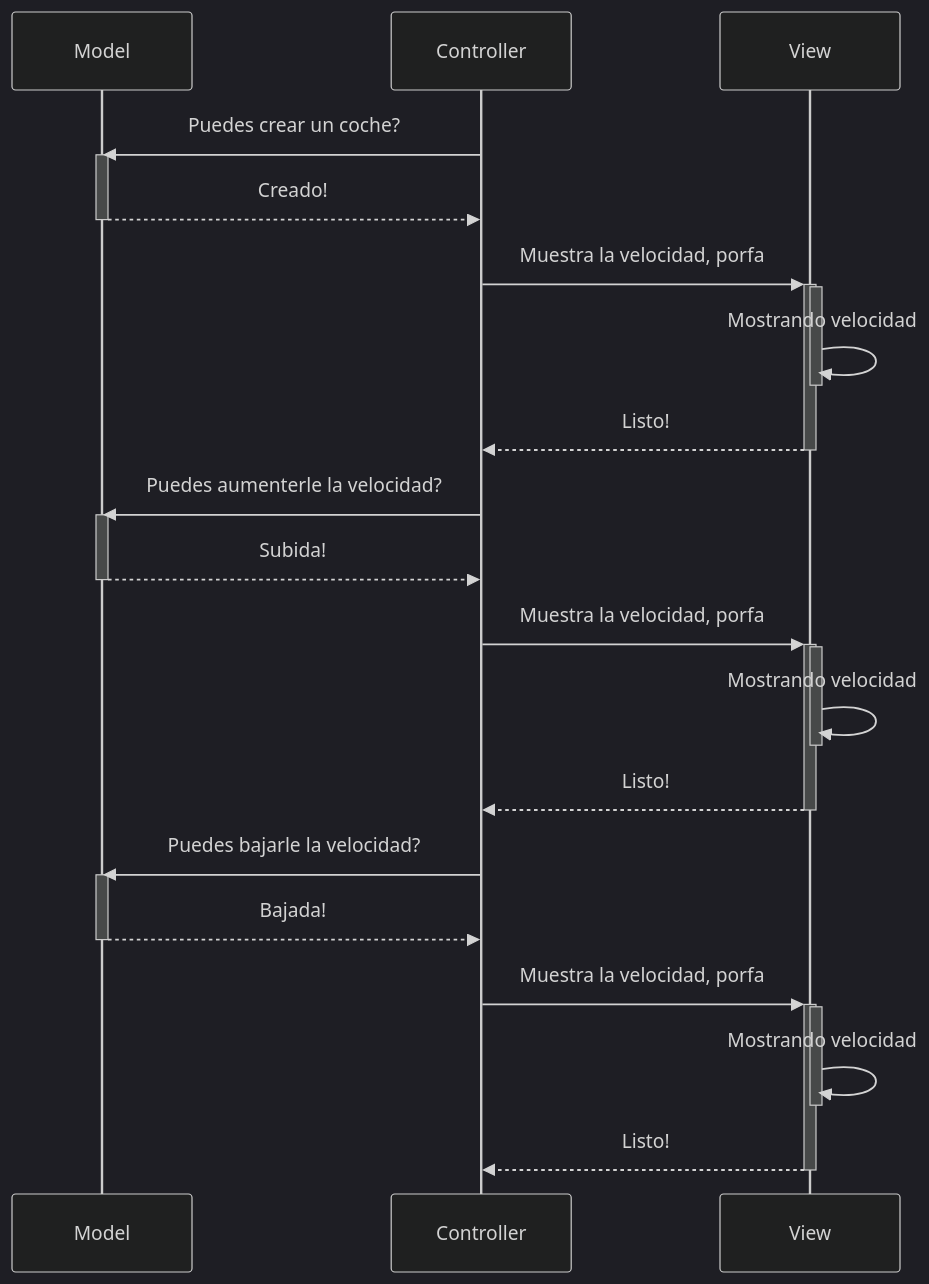
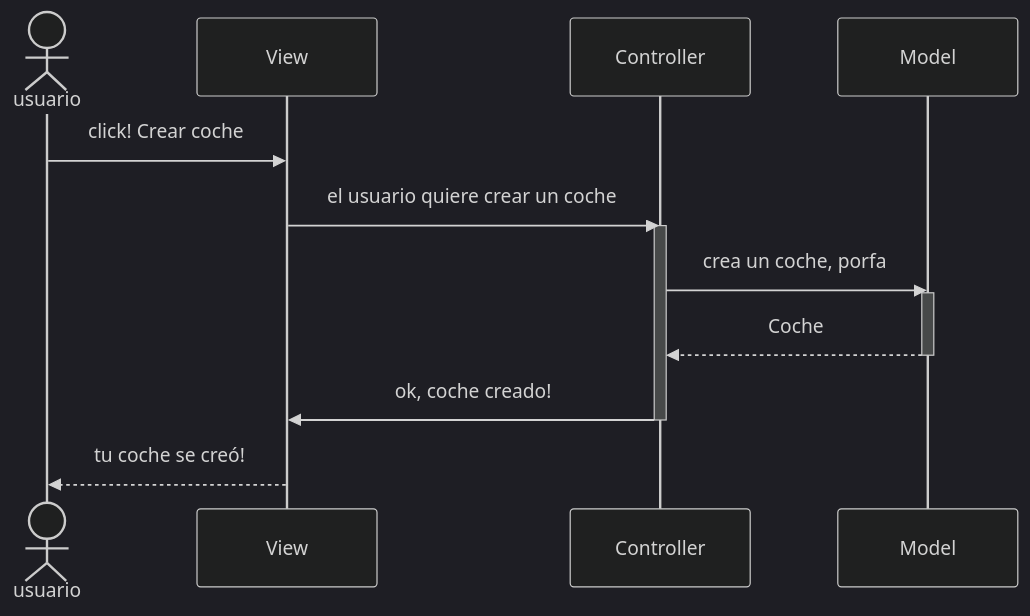
One commit to damiancastelao/MVC_coches_solucion changed the second of 3 diagrams in Readme.md. Above: the diagram before and after it, drawn with Mermaid (dark theme). The commit also changed other lines of this file and 7 other files, not shown here.

````diff
--- a/Readme.md
+++ b/Readme.md
@@ -40,33 +47,18 @@
 ```mermaid
 sequenceDiagram
+    actor usuario
+    participant View
+    participant Controller
     participant Model
-    participant Controller
-    participant View
-    Controller->>Model: Puedes crear un coche?
+    
+    usuario->>View: click! Crear coche
+    View->>Controller: el usuario quiere crear un coche
+    activate Controller
+    Controller->>Model: crea un coche, porfa
     activate Model
-    Model-->>Controller: Creado!
+    Model-->>Controller: Coche
     deactivate Model
-    Controller->>+View: Muestra la velocidad, porfa
-    activate View
-    View->>-View: Mostrando velocidad
-    View-->>Controller: Listo!
-    deactivate View
-    Controller->>Model: Puedes aumenterle la velocidad?
-    activate Model
-    Model-->>Controller: Subida!
-    deactivate Model
-    Controller->>+View: Muestra la velocidad, porfa
-    activate View
-    View->>-View: Mostrando velocidad
-    View-->>Controller: Listo!
-    deactivate View
-    Controller->>Model: Puedes bajarle la velocidad?
-    activate Model
-    Model-->>Controller: Bajada!
-    deactivate Model
-    Controller->>+View: Muestra la velocidad, porfa
-    activate View
-    View->>-View: Mostrando velocidad
-    View-->>Controller: Listo!
-    deactivate View
+    Controller->>View: ok, coche creado!
+    deactivate Controller
+    View-->>usuario: tu coche se creó!
 ```
````
